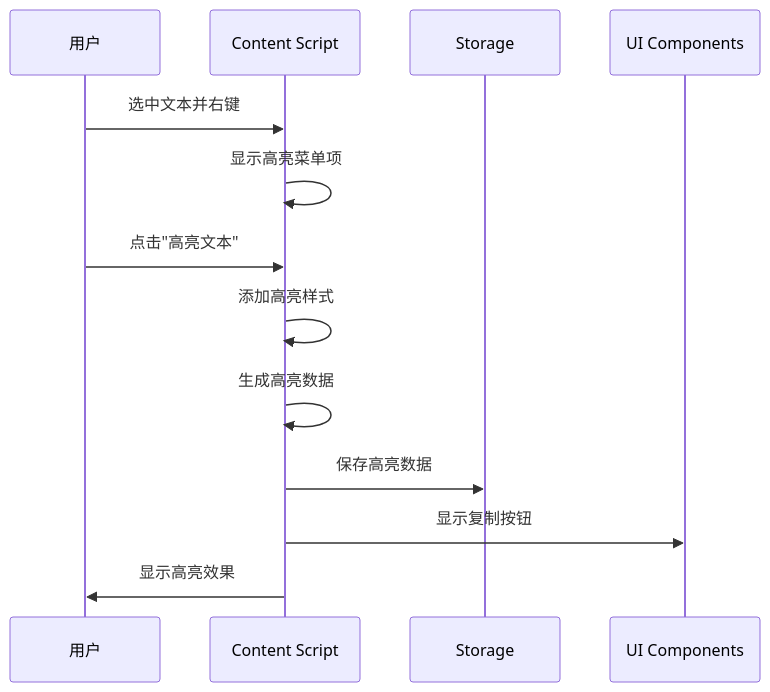
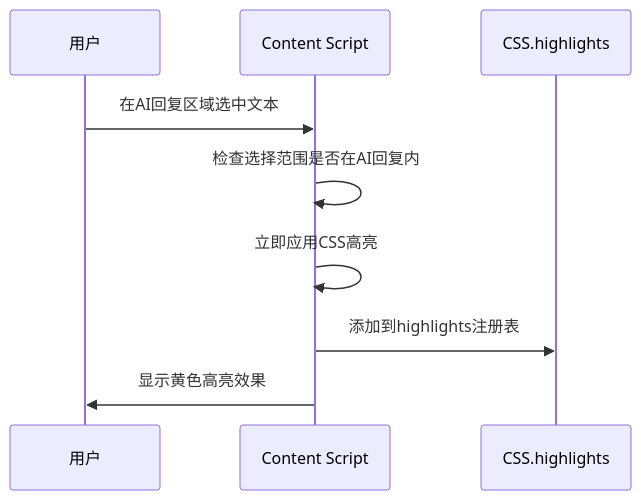
Before and after one commit to MarssZ/Highlight-by-Marss: the second of 4 diagrams in specs/ai-highlight-assistant/design.md, drawn with Mermaid. The commit also changed other lines of this file and 3 other files, not shown here.

````diff
--- a/specs/ai-highlight-assistant/design.md
+++ b/specs/ai-highlight-assistant/design.md
@@ -149,16 +99,12 @@
 ```mermaid
 sequenceDiagram
     participant U as 用户
     participant C as Content Script
-    participant S as Storage
-    participant UI as UI Components
+    participant H as CSS.highlights
     
-    U->>C: 选中文本并右键
-    C->>C: 显示高亮菜单项
-    U->>C: 点击"高亮文本"
-    C->>C: 添加高亮样式
-    C->>C: 生成高亮数据
-    C->>S: 保存高亮数据
-    C->>UI: 显示复制按钮
-    C->>U: 显示高亮效果
+    U->>C: 在AI回复区域选中文本
+    C->>C: 检查选择范围是否在AI回复内
+    C->>C: 立即应用CSS高亮
+    C->>H: 添加到highlights注册表
+    C->>U: 显示黄色高亮效果
 ```
````
